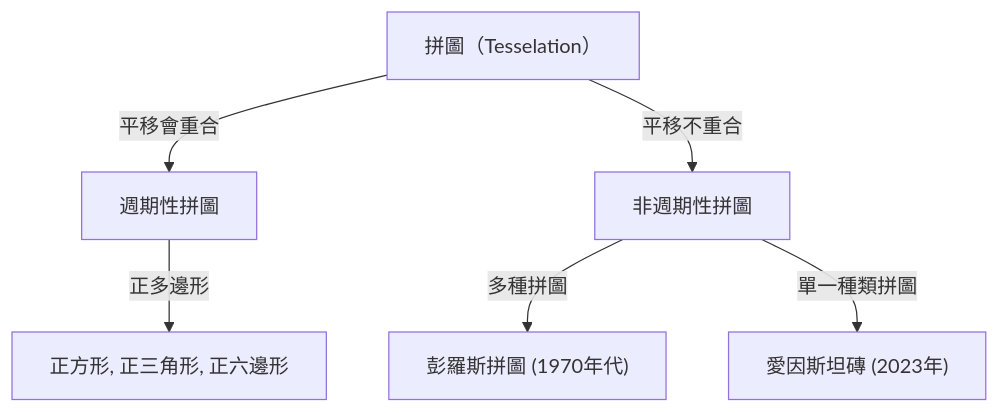
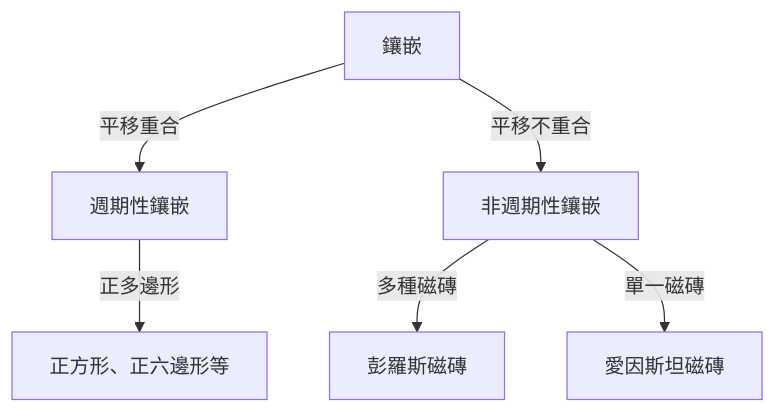
One commit to kenjinote/blog changed the diagram in content/post/aperiodic-tiling-problem/index.zh-tw.md. Above: the diagram before and after it, drawn with Mermaid. The commit also changed other lines of this file and 129 other files, not shown here.

````diff
--- a/content/post/aperiodic-tiling-problem/index.zh-tw.md
+++ b/content/post/aperiodic-tiling-problem/index.zh-tw.md
@@ -23,9 +17,8 @@
 ```mermaid
 graph TD
-    A["拼圖（Tesselation）"]
-    A -- "平移會重合" --> B["週期性拼圖"]
-    A -- "平移不重合" --> C["非週期性拼圖"]
-    B -- "正多邊形" --> D["正方形, 正三角形, 正六邊形"]
-    C -- "多種拼圖" --> E["彭羅斯拼圖 (1970年代)"]
-    C -- "單一種類拼圖" --> F["愛因斯坦磚 (2023年)"]
+    A["鑲嵌"] -- "平移重合" --> B["週期性鑲嵌"]
+    A -- "平移不重合" --> C["非週期性鑲嵌"]
+    B -- "正多邊形" --> D["正方形、正六邊形等"]
+    C -- "多種磁磚" --> E["彭羅斯磁磚"]
+    C -- "單一磁磚" --> F["愛因斯坦磁磚"]
 ```
````
